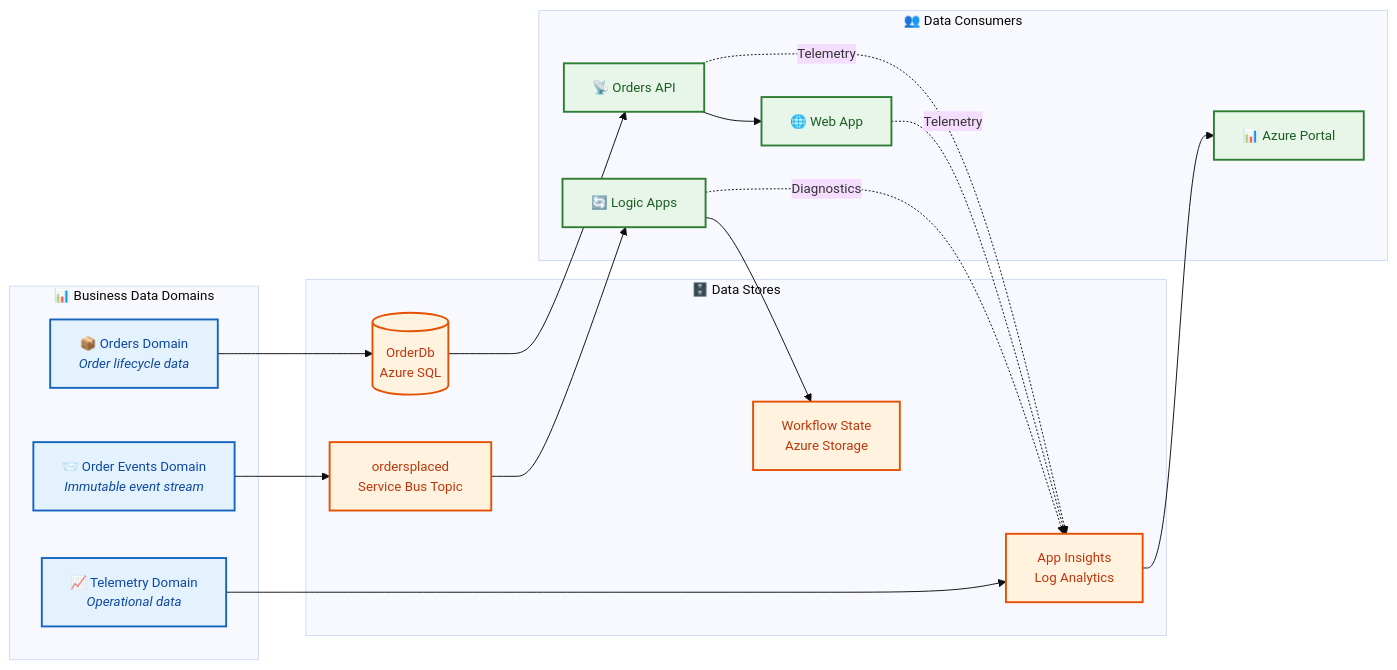
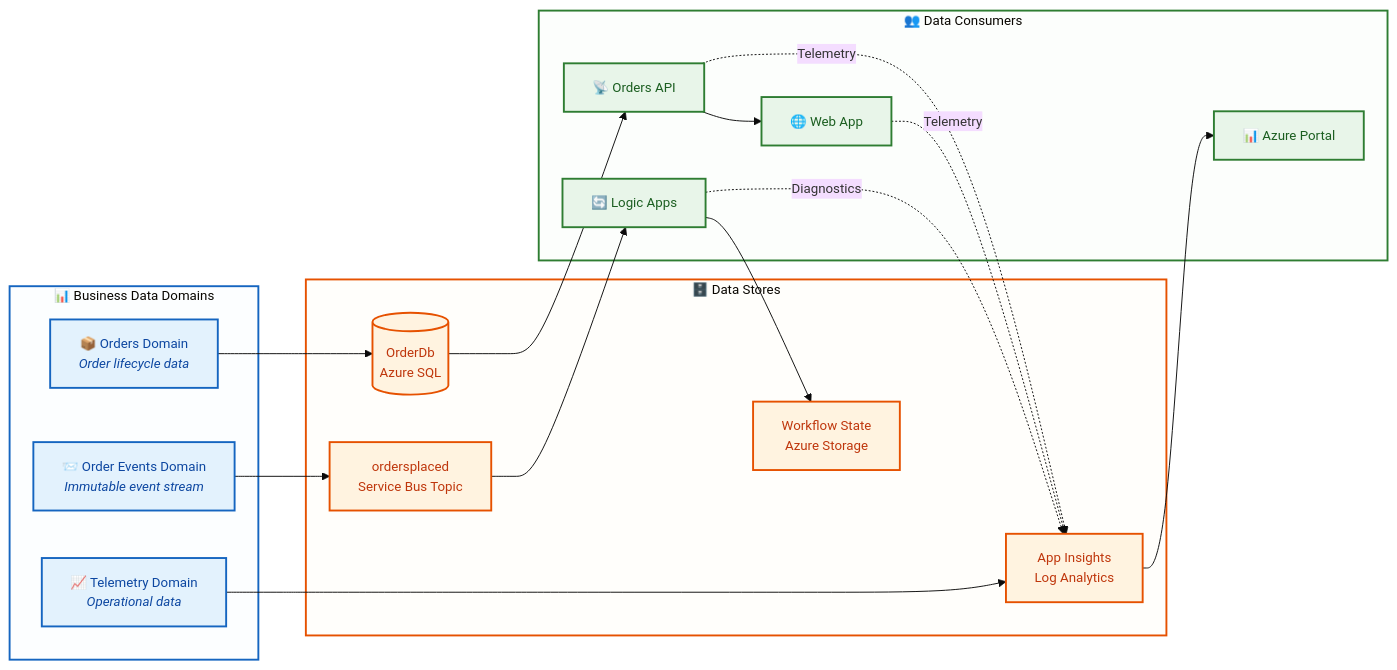
One commit to Evilazaro/Azure-LogicApps-Monitoring changed the first of 6 diagrams in docs/architecture/02-data-architecture.md. Above: the diagram before and after it, drawn with Mermaid. The commit also changed other lines of this file and 1 other file, not shown here.

Commit message:
Enhance architecture diagrams with improved subgraph container styling for better visual layer grouping

````diff
--- a/docs/architecture/02-data-architecture.md
+++ b/docs/architecture/02-data-architecture.md
@@ -38,46 +38,51 @@
 ```mermaid
 %%{init: {'theme': 'base', 'themeVariables': { 'fontSize': '14px'}}}%%
 flowchart LR
     subgraph BusinessDomains["📊 Business Data Domains"]
         Orders["📦 Orders Domain<br/><i>Order lifecycle data</i>"]
         Events["📨 Order Events Domain<br/><i>Immutable event stream</i>"]
         Telemetry["📈 Telemetry Domain<br/><i>Operational data</i>"]
     end
 
     subgraph DataStores["🗄️ Data Stores"]
         OrderDb[("OrderDb<br/>Azure SQL")]
         EventStore["ordersplaced<br/>Service Bus Topic"]
         WorkflowState["Workflow State<br/>Azure Storage"]
         AppInsights["App Insights<br/>Log Analytics"]
     end
 
     subgraph Consumers["👥 Data Consumers"]
         API["📡 Orders API"]
         WebApp["🌐 Web App"]
         LogicApp["🔄 Logic Apps"]
         Dashboard["📊 Azure Portal"]
     end
 
     Orders --> OrderDb
     Events --> EventStore
     Telemetry --> AppInsights
 
     OrderDb --> API
     API --> WebApp
     EventStore --> LogicApp
     LogicApp --> WorkflowState
     
     API -.->|"Telemetry"| AppInsights
     WebApp -.->|"Telemetry"| AppInsights
     LogicApp -.->|"Diagnostics"| AppInsights
     AppInsights --> Dashboard
 
     %% Accessible color palette with clear domain separation
     classDef domain fill:#e3f2fd,stroke:#1565c0,stroke-width:2px,color:#0d47a1
     classDef store fill:#fff3e0,stroke:#e65100,stroke-width:2px,color:#bf360c
     classDef consumer fill:#e8f5e9,stroke:#2e7d32,stroke-width:2px,color:#1b5e20
 
     class Orders,Events,Telemetry domain
     class OrderDb,EventStore,WorkflowState,AppInsights store
     class API,WebApp,LogicApp,Dashboard consumer
+
+    %% Subgraph container styling for visual layer grouping
+    style BusinessDomains fill:#e3f2fd22,stroke:#1565c0,stroke-width:2px
+    style DataStores fill:#fff3e022,stroke:#e65100,stroke-width:2px
+    style Consumers fill:#e8f5e922,stroke:#2e7d32,stroke-width:2px
 ```
````
